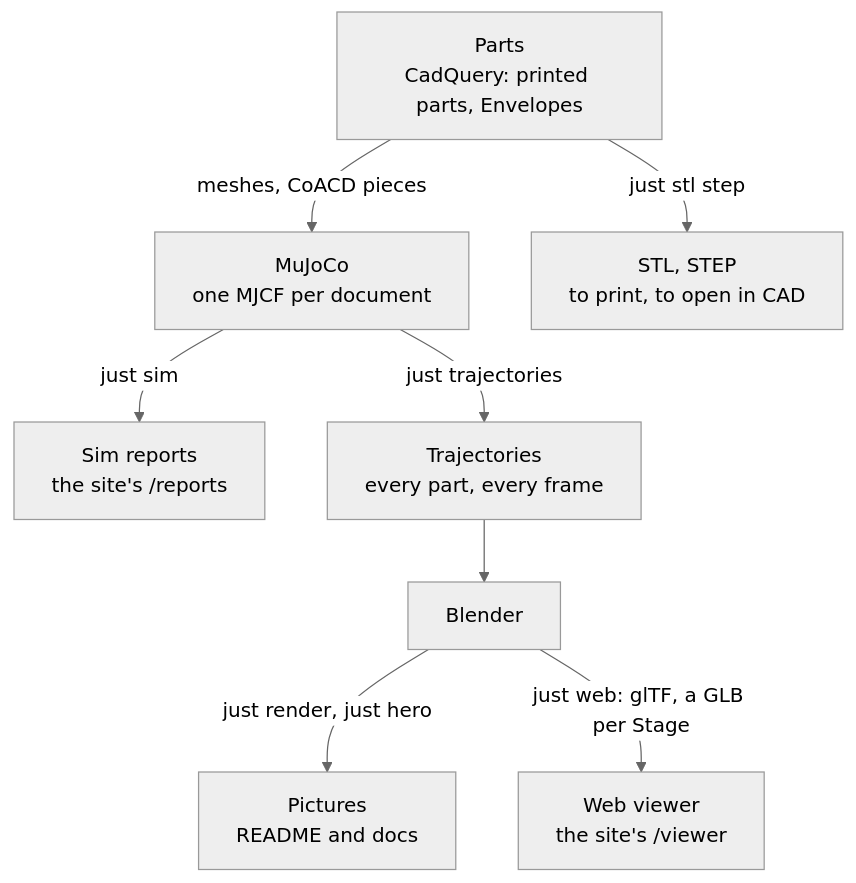
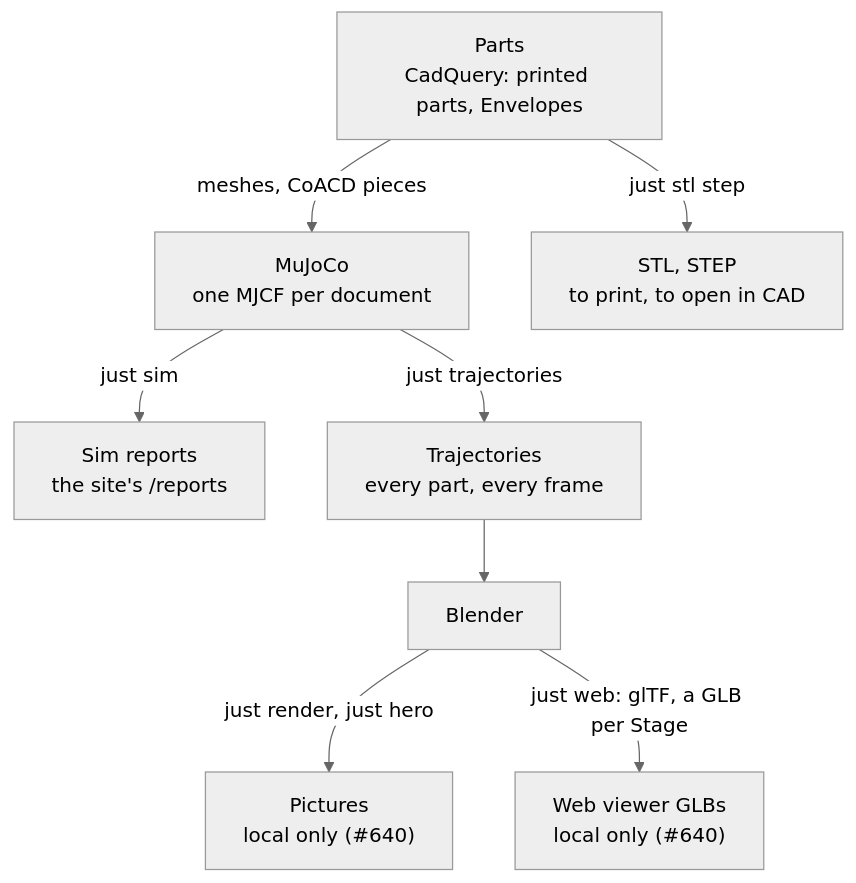
One commit to yellow-pine/noggin changed the fourth of 4 diagrams in docs/how-it-works.md. Above: the diagram before and after it, drawn with Mermaid (neutral theme). The commit also changed other lines of this file and 28 other files, not shown here.

````diff
--- a/docs/how-it-works.md
+++ b/docs/how-it-works.md
@@ -87,17 +87,17 @@
 ```mermaid
 ---
 config:
   layout: dagre
   look: classic
 ---
 flowchart TB
     accTitle: The model's pipeline
     accDescr: Our CadQuery parts and hardware Envelopes become MuJoCo models, one per document. MuJoCo writes the sim reports and plays each gesture into Trajectories, from which Blender renders the pictures and the web viewer's GLB per Stage. The parts also export as STL and STEP files.
     P["Parts<br/>CadQuery: printed parts, Envelopes"] -- "meshes, CoACD pieces" --> M["MuJoCo<br/>one MJCF per document"]
     P -- "just stl step" --> F["STL, STEP<br/>to print, to open in CAD"]
     M -- "just sim" --> R["Sim reports<br/>the site's /reports"]
     M -- "just trajectories" --> T["Trajectories<br/>every part, every frame"]
     T --> B["Blender"]
-    B -- "just render, just hero" --> I["Pictures<br/>README and docs"]
-    B -- "just web: glTF, a GLB per Stage" --> W["Web viewer<br/>the site's /viewer"]
+    B -- "just render, just hero" --> I["Pictures<br/>local only (#640)"]
+    B -- "just web: glTF, a GLB per Stage" --> W["Web viewer GLBs<br/>local only (#640)"]
 ```
````
